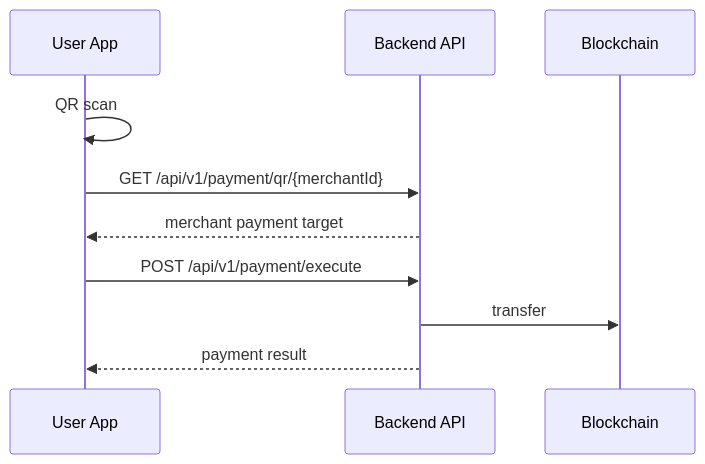
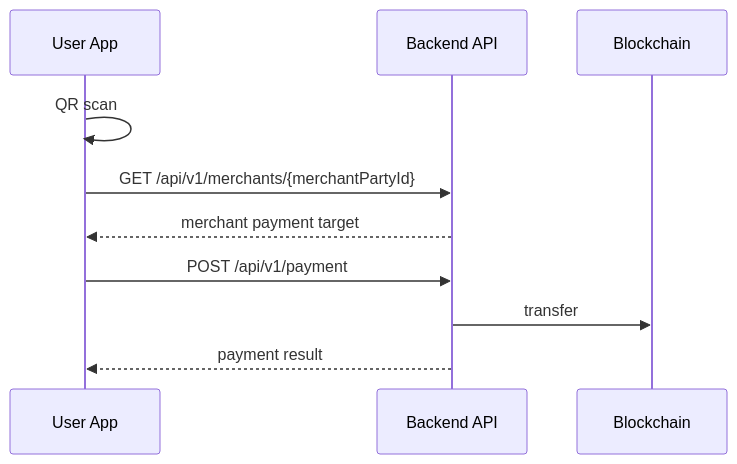
One commit to Fisa-Family/hangang-pay changed the diagram in hangang-pay-be/docs/rest_api.md. Above: the diagram before and after it, drawn with Mermaid. The commit also changed other lines of this file and 1 other file, not shown here.

First line of the commit message:
docs: rest_api.md-수정

````diff
--- a/hangang-pay-be/docs/rest_api.md
+++ b/hangang-pay-be/docs/rest_api.md
@@ -40,13 +43,13 @@
 ```mermaid
 sequenceDiagram
   participant U as User App
   participant API as Backend API
   participant BC as Blockchain
 
   U->>U: QR scan
-  U->>API: GET /api/v1/payment/qr/{merchantId}
+  U->>API: GET /api/v1/merchants/{merchantPartyId}
   API-->>U: merchant payment target
-  U->>API: POST /api/v1/payment/execute
+  U->>API: POST /api/v1/payment
   API->>BC: transfer
   API-->>U: payment result
 ```
````
